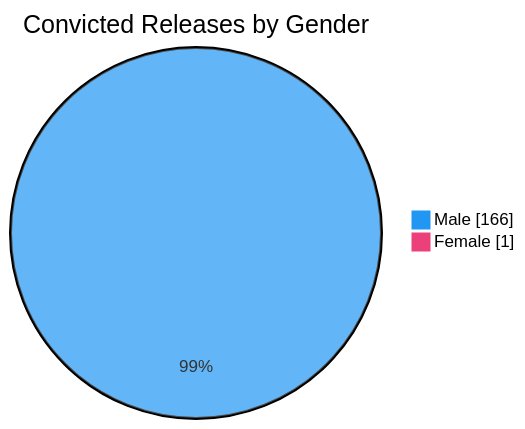
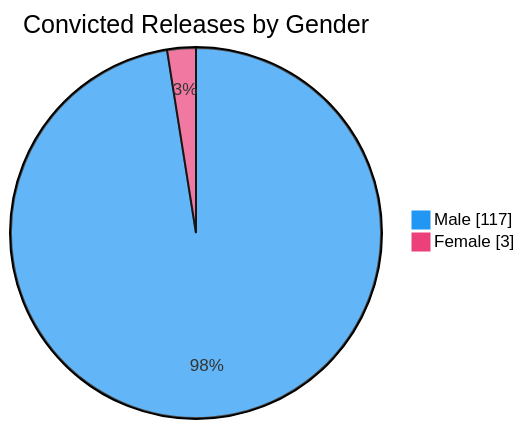
Before and after one commit to nuuuwan/lk_prisons: the sixth of 7 diagrams in README.md, drawn with Mermaid. The commit also changed other lines of this file and 1 other file, not shown here.

````diff
--- a/README.md
+++ b/README.md
@@ -98,6 +98,6 @@
 ```mermaid
 %%{init: {'themeVariables': {'pie1': '#2196F3', 'pie2': '#EC407A'}}}%%
 pie showData title Convicted Releases by Gender
-    "Male" : 166
-    "Female" : 1
+    "Male" : 117
+    "Female" : 3
 ```
````
